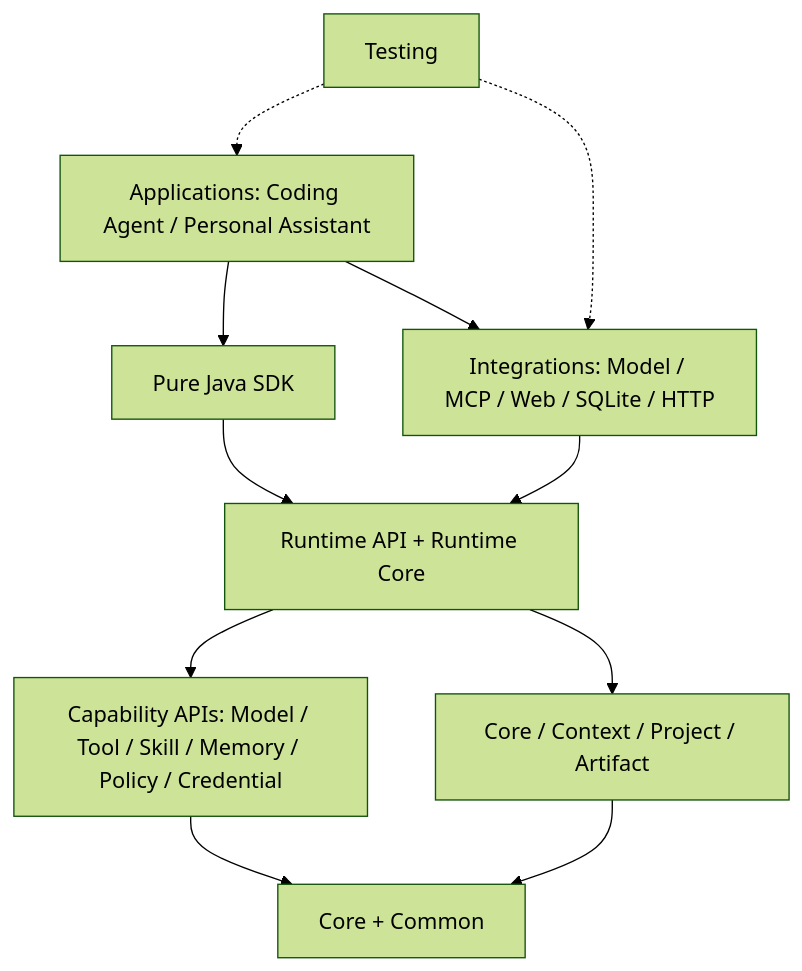
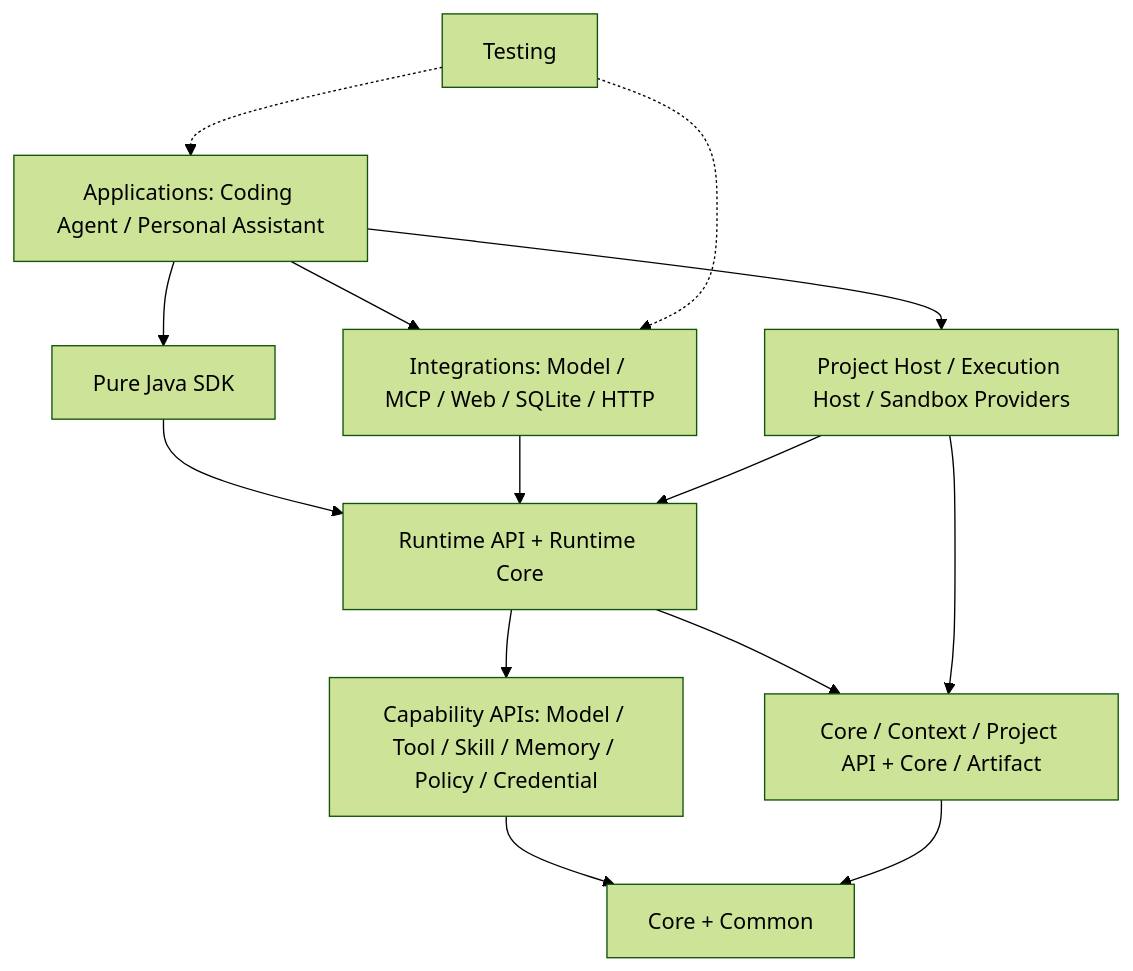
One commit to haifa-agent/haifa-agent changed the diagram in README.md. Above: the diagram before and after it, drawn with Mermaid (forest theme). The commit also changed other lines of this file and 270 other files, not shown here.

````diff
--- a/README.md
+++ b/README.md
@@ -303,13 +303,16 @@
 ```mermaid
 flowchart TB
   APP["Applications: Coding Agent / Personal Assistant"] --> SDK["Pure Java SDK"]
   APP --> INTEGRATIONS["Integrations: Model / MCP / Web / SQLite / HTTP"]
   SDK --> RUNTIME["Runtime API + Runtime Core"]
   INTEGRATIONS --> RUNTIME
   RUNTIME --> CAP["Capability APIs: Model / Tool / Skill / Memory / Policy / Credential"]
-  RUNTIME --> KERNEL["Core / Context / Project / Artifact"]
+  RUNTIME --> KERNEL["Core / Context / Project API + Core / Artifact"]
+  APP --> HOST["Project Host / Execution Host / Sandbox Providers"]
+  HOST --> KERNEL
+  HOST --> RUNTIME
   CAP --> CORE["Core + Common"]
   KERNEL --> CORE
   TESTING["Testing"] -.-> APP
   TESTING -.-> INTEGRATIONS
 ```
````
